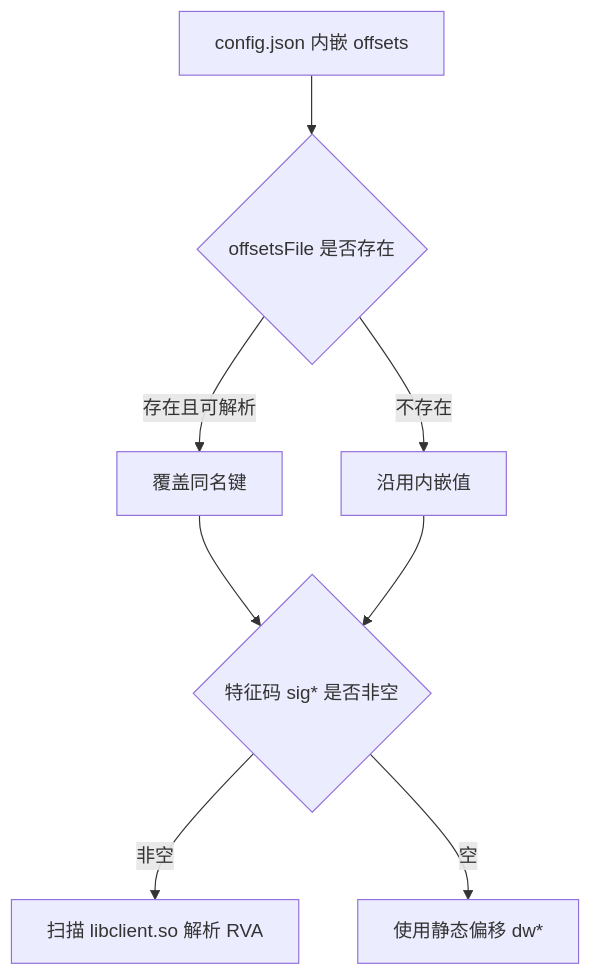
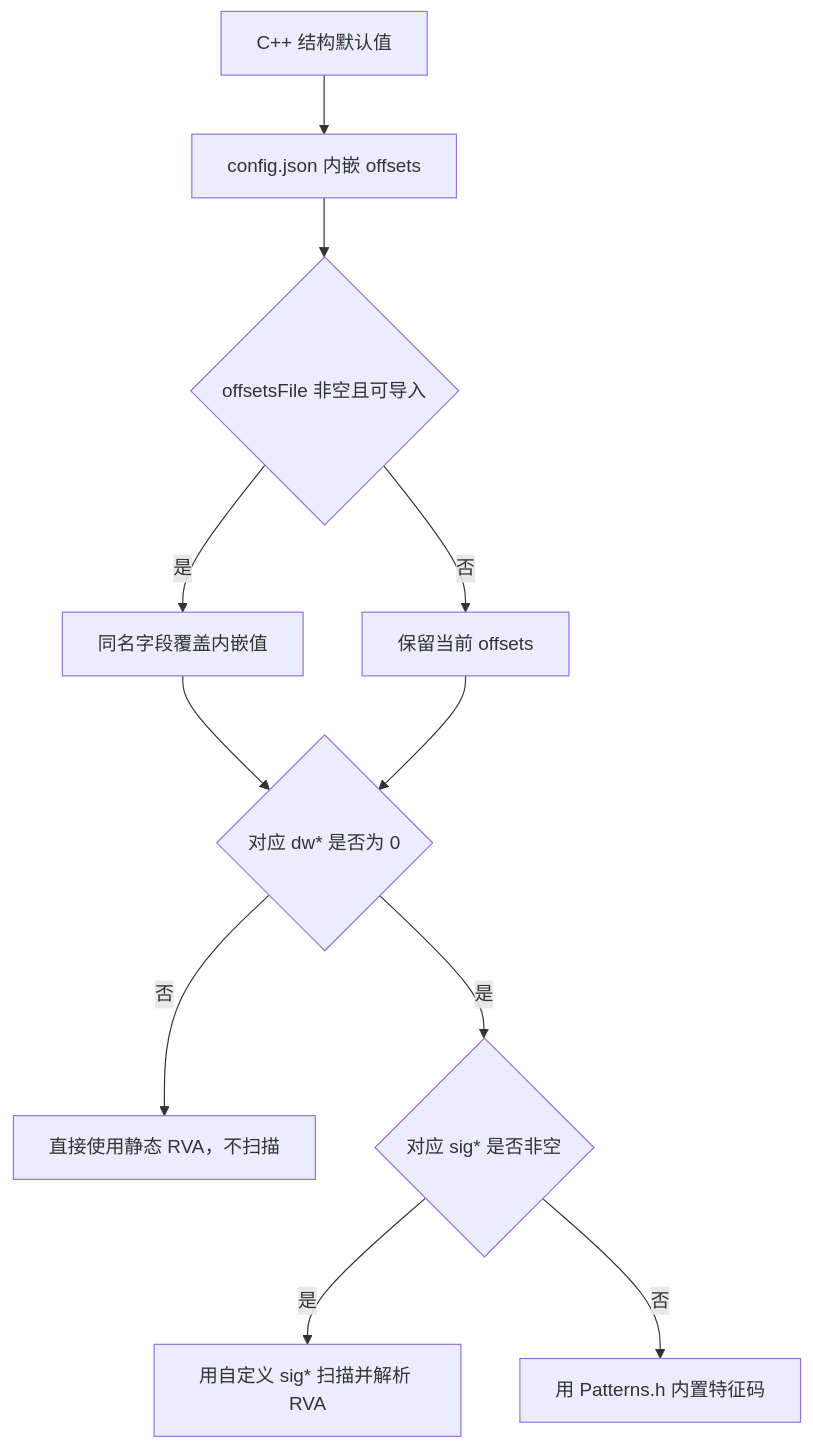
One commit to PFLcoolme/cs2-external changed the third of 3 diagrams in README.md. Above: the diagram before and after it, drawn with Mermaid. The commit also changed other lines of this file and 11 other files, not shown here.

````diff
--- a/README.md
+++ b/README.md
@@ -274,10 +288,13 @@
 ```mermaid
 graph TD
-    A["config.json 内嵌 offsets"] --> B{"offsetsFile 是否存在"}
-    B -- 存在且可解析 --> C["覆盖同名键"]
-    B -- 不存在 --> D["沿用内嵌值"]
-    C --> E{"特征码 sig* 是否非空"}
-    D --> E
-    E -- 非空 --> F["扫描 libclient.so 解析 RVA"]
-    E -- 空 --> G["使用静态偏移 dw*"]
+    A["C++ 结构默认值"] --> B["config.json 内嵌 offsets"]
+    B --> C{"offsetsFile 非空且可导入"}
+    C -- 是 --> D["同名字段覆盖内嵌值"]
+    C -- 否 --> E["保留当前 offsets"]
+    D --> F{"对应 dw* 是否为 0"}
+    E --> F
+    F -- 否 --> G["直接使用静态 RVA，不扫描"]
+    F -- 是 --> H{"对应 sig* 是否非空"}
+    H -- 是 --> I["用自定义 sig* 扫描并解析 RVA"]
+    H -- 否 --> J["用 Patterns.h 内置特征码"]
 ```
````
